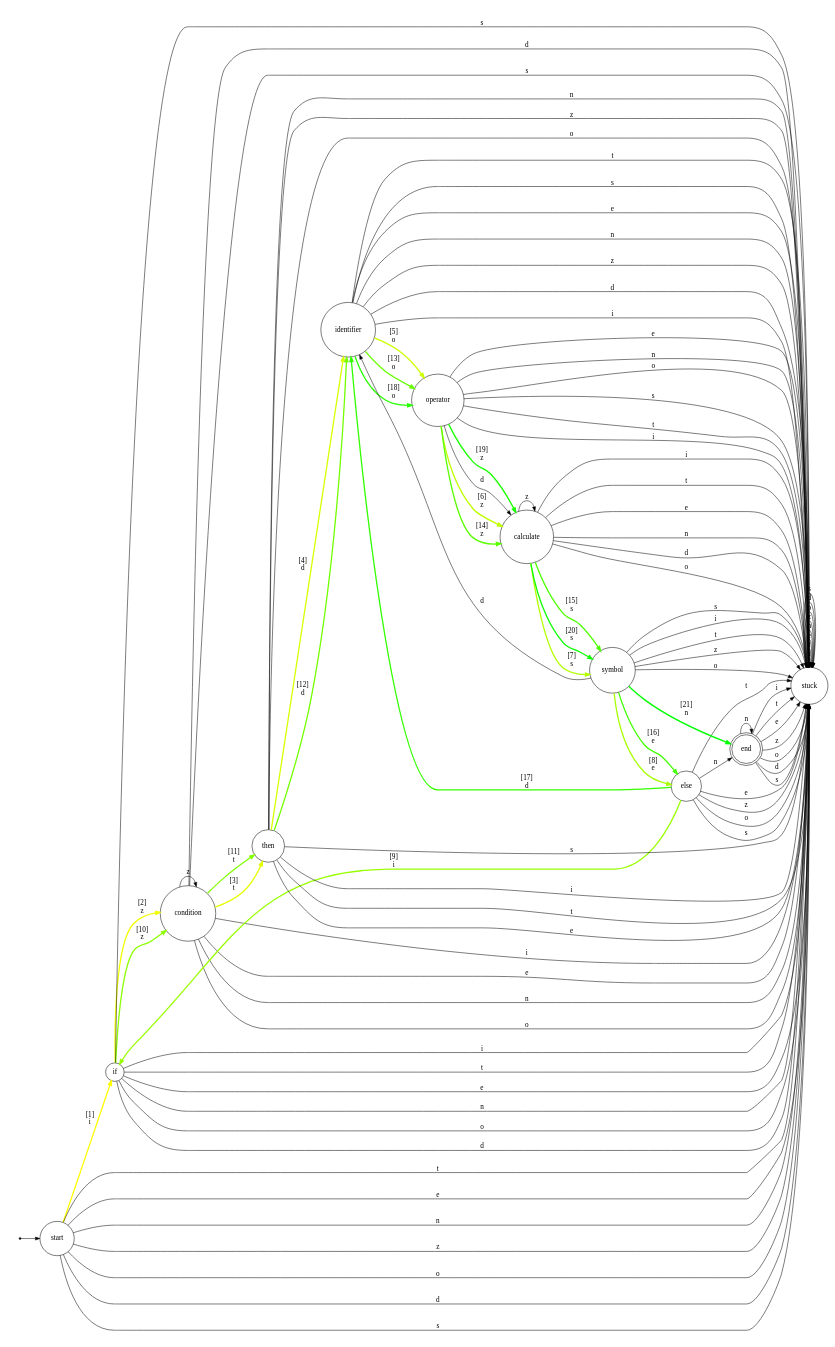
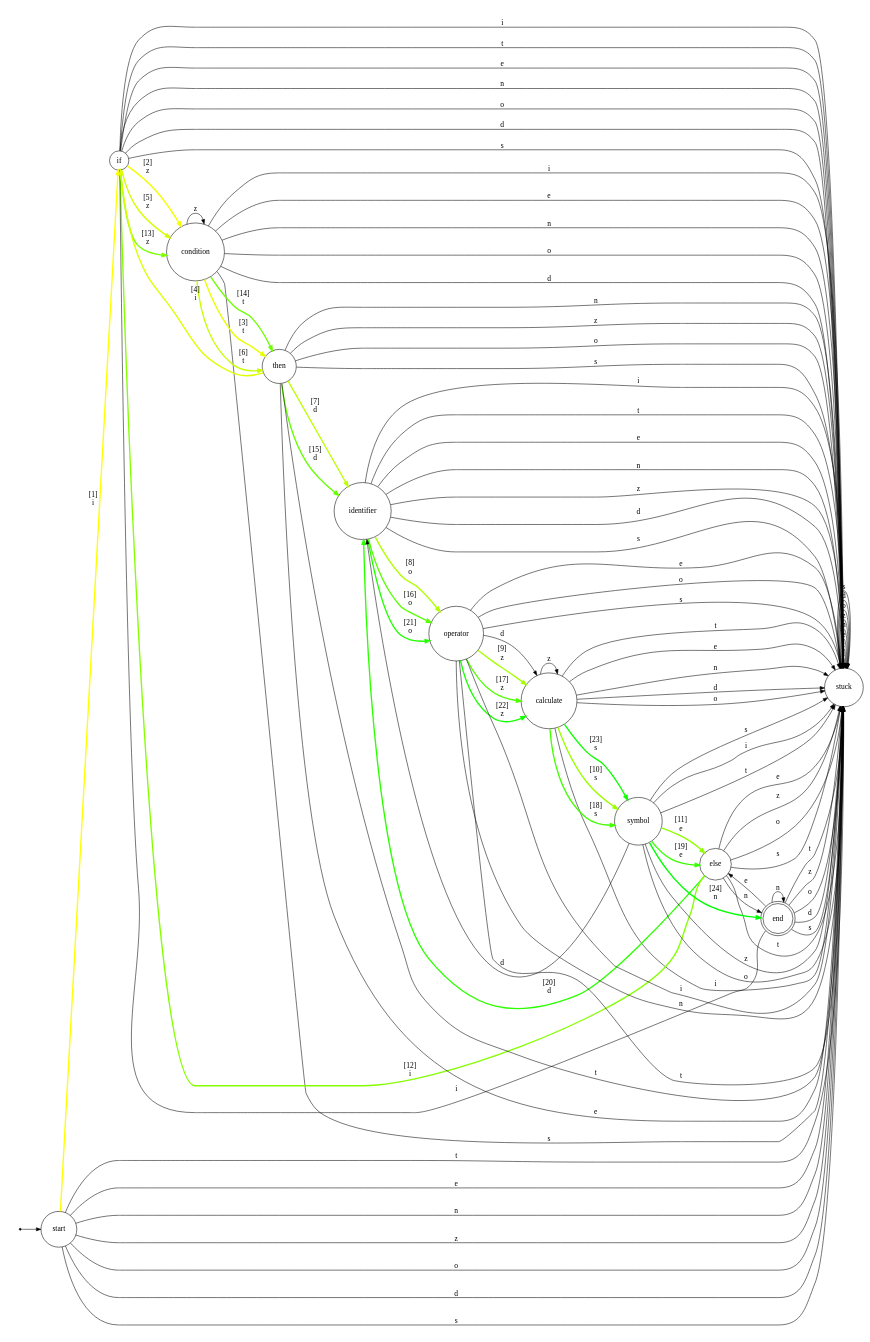
One commit to MohamadAbdelmoniem/Compiler-Spring-2022 changed the diagram in Source/Code/Digraph.gv. Above: the diagram before and after it, drawn with Graphviz. The commit also changed 3 other files, not shown here.

```diff
--- a/Source/Code/Digraph.gv
+++ b/Source/Code/Digraph.gv
@@ -1,136 +1,141 @@
 digraph {
 	ranksep=0.5 size="8, 8"
 	rankdir=LR
 	Initial [label="" fontsize=14.0 shape=point]
 	calculate [fontsize=14.0 shape=circle]
 	condition [fontsize=14.0 shape=circle]
 	else [fontsize=14.0 shape=circle]
 	end [fontsize=14.0 shape=doublecircle]
 	identifier [fontsize=14.0 shape=circle]
 	if [fontsize=14.0 shape=circle]
 	operator [fontsize=14.0 shape=circle]
 	start [fontsize=14.0 shape=circle]
 	stuck [fontsize=14.0 shape=circle]
 	symbol [fontsize=14.0 shape=circle]
 	then [fontsize=14.0 shape=circle]
 	Initial -> start [arrowsize=0.85]
 	start -> if [label=" [1]
 i " arrowsize=0.85 color="#ffff00" fontsize=14.0 penwidth=2.5]
 	if -> condition [label=" [2]
-z " arrowsize=0.85 color="#f2ff00" fontsize=14.0 penwidth=2.5]
+z " arrowsize=0.85 color="#f4ff00" fontsize=14.0 penwidth=2.5]
 	condition -> then [label=" [3]
-t " arrowsize=0.85 color="#e6ff00" fontsize=14.0 penwidth=2.5]
-	then -> identifier [label=" [4]
-d " arrowsize=0.85 color="#d9ff00" fontsize=14.0 penwidth=2.5]
-	identifier -> operator [label=" [5]
-o " arrowsize=0.85 color="#ccff00" fontsize=14.0 penwidth=2.5]
-	operator -> calculate [label=" [6]
-z " arrowsize=0.85 color="#bfff00" fontsize=14.0 penwidth=2.5]
-	calculate -> symbol [label=" [7]
-s " arrowsize=0.85 color="#b3ff00" fontsize=14.0 penwidth=2.5]
-	symbol -> else [label=" [8]
-e " arrowsize=0.85 color="#a6ff00" fontsize=14.0 penwidth=2.5]
-	else -> if [label=" [9]
-i " arrowsize=0.85 color="#99ff00" fontsize=14.0 penwidth=2.5]
-	if -> condition [label=" [10]
-z " arrowsize=0.85 color="#8cff00" fontsize=14.0 penwidth=2.5]
-	condition -> then [label=" [11]
-t " arrowsize=0.85 color="#80ff00" fontsize=14.0 penwidth=2.5]
-	then -> identifier [label=" [12]
-d " arrowsize=0.85 color="#73ff00" fontsize=14.0 penwidth=2.5]
-	identifier -> operator [label=" [13]
-o " arrowsize=0.85 color="#66ff00" fontsize=14.0 penwidth=2.5]
-	operator -> calculate [label=" [14]
-z " arrowsize=0.85 color="#59ff00" fontsize=14.0 penwidth=2.5]
-	calculate -> symbol [label=" [15]
-s " arrowsize=0.85 color="#4cff00" fontsize=14.0 penwidth=2.5]
-	symbol -> else [label=" [16]
-e " arrowsize=0.85 color="#40ff00" fontsize=14.0 penwidth=2.5]
-	else -> identifier [label=" [17]
-d " arrowsize=0.85 color="#33ff00" fontsize=14.0 penwidth=2.5]
-	identifier -> operator [label=" [18]
-o " arrowsize=0.85 color="#26ff00" fontsize=14.0 penwidth=2.5]
-	operator -> calculate [label=" [19]
-z " arrowsize=0.85 color="#19ff00" fontsize=14.0 penwidth=2.5]
-	calculate -> symbol [label=" [20]
-s " arrowsize=0.85 color="#0dff00" fontsize=14.0 penwidth=2.5]
-	symbol -> end [label=" [21]
+t " arrowsize=0.85 color="#e9ff00" fontsize=14.0 penwidth=2.5]
+	then -> if [label=" [4]
+i " arrowsize=0.85 color="#deff00" fontsize=14.0 penwidth=2.5]
+	if -> condition [label=" [5]
+z " arrowsize=0.85 color="#d3ff00" fontsize=14.0 penwidth=2.5]
+	condition -> then [label=" [6]
+t " arrowsize=0.85 color="#c8ff00" fontsize=14.0 penwidth=2.5]
+	then -> identifier [label=" [7]
+d " arrowsize=0.85 color="#bcff00" fontsize=14.0 penwidth=2.5]
+	identifier -> operator [label=" [8]
+o " arrowsize=0.85 color="#b1ff00" fontsize=14.0 penwidth=2.5]
+	operator -> calculate [label=" [9]
+z " arrowsize=0.85 color="#a6ff00" fontsize=14.0 penwidth=2.5]
+	calculate -> symbol [label=" [10]
+s " arrowsize=0.85 color="#9bff00" fontsize=14.0 penwidth=2.5]
+	symbol -> else [label=" [11]
+e " arrowsize=0.85 color="#90ff00" fontsize=14.0 penwidth=2.5]
+	else -> if [label=" [12]
+i " arrowsize=0.85 color="#85ff00" fontsize=14.0 penwidth=2.5]
+	if -> condition [label=" [13]
+z " arrowsize=0.85 color="#7aff00" fontsize=14.0 penwidth=2.5]
+	condition -> then [label=" [14]
+t " arrowsize=0.85 color="#6fff00" fontsize=14.0 penwidth=2.5]
+	then -> identifier [label=" [15]
+d " arrowsize=0.85 color="#64ff00" fontsize=14.0 penwidth=2.5]
+	identifier -> operator [label=" [16]
+o " arrowsize=0.85 color="#59ff00" fontsize=14.0 penwidth=2.5]
+	operator -> calculate [label=" [17]
+z " arrowsize=0.85 color="#4eff00" fontsize=14.0 penwidth=2.5]
+	calculate -> symbol [label=" [18]
+s " arrowsize=0.85 color="#43ff00" fontsize=14.0 penwidth=2.5]
+	symbol -> else [label=" [19]
+e " arrowsize=0.85 color="#37ff00" fontsize=14.0 penwidth=2.5]
+	else -> identifier [label=" [20]
+d " arrowsize=0.85 color="#2cff00" fontsize=14.0 penwidth=2.5]
+	identifier -> operator [label=" [21]
+o " arrowsize=0.85 color="#21ff00" fontsize=14.0 penwidth=2.5]
+	operator -> calculate [label=" [22]
+z " arrowsize=0.85 color="#16ff00" fontsize=14.0 penwidth=2.5]
+	calculate -> symbol [label=" [23]
+s " arrowsize=0.85 color="#0bff00" fontsize=14.0 penwidth=2.5]
+	symbol -> end [label=" [24]
 n " arrowsize=0.85 color="#00ff00" fontsize=14.0 penwidth=2.5]
 	start -> stuck [label=" t " arrowsize=0.85 fontsize=14.0]
 	start -> stuck [label=" e " arrowsize=0.85 fontsize=14.0]
 	start -> stuck [label=" n " arrowsize=0.85 fontsize=14.0]
 	start -> stuck [label=" z " arrowsize=0.85 fontsize=14.0]
 	start -> stuck [label=" o " arrowsize=0.85 fontsize=14.0]
 	start -> stuck [label=" d " arrowsize=0.85 fontsize=14.0]
 	start -> stuck [label=" s " arrowsize=0.85 fontsize=14.0]
 	if -> stuck [label=" i " arrowsize=0.85 fontsize=14.0]
 	if -> stuck [label=" t " arrowsize=0.85 fontsize=14.0]
 	if -> stuck [label=" e " arrowsize=0.85 fontsize=14.0]
 	if -> stuck [label=" n " arrowsize=0.85 fontsize=14.0]
 	if -> stuck [label=" o " arrowsize=0.85 fontsize=14.0]
 	if -> stuck [label=" d " arrowsize=0.85 fontsize=14.0]
 	if -> stuck [label=" s " arrowsize=0.85 fontsize=14.0]
-	then -> stuck [label=" i " arrowsize=0.85 fontsize=14.0]
 	then -> stuck [label=" t " arrowsize=0.85 fontsize=14.0]
 	then -> stuck [label=" e " arrowsize=0.85 fontsize=14.0]
 	then -> stuck [label=" n " arrowsize=0.85 fontsize=14.0]
 	then -> stuck [label=" z " arrowsize=0.85 fontsize=14.0]
 	then -> stuck [label=" o " arrowsize=0.85 fontsize=14.0]
 	then -> stuck [label=" s " arrowsize=0.85 fontsize=14.0]
 	else -> stuck [label=" t " arrowsize=0.85 fontsize=14.0]
 	else -> stuck [label=" e " arrowsize=0.85 fontsize=14.0]
 	else -> end [label=" n " arrowsize=0.85 fontsize=14.0]
 	else -> stuck [label=" z " arrowsize=0.85 fontsize=14.0]
 	else -> stuck [label=" o " arrowsize=0.85 fontsize=14.0]
 	else -> stuck [label=" s " arrowsize=0.85 fontsize=14.0]
-	end -> stuck [label=" i " arrowsize=0.85 fontsize=14.0]
+	end -> if [label=" i " arrowsize=0.85 fontsize=14.0]
 	end -> stuck [label=" t " arrowsize=0.85 fontsize=14.0]
-	end -> stuck [label=" e " arrowsize=0.85 fontsize=14.0]
+	end -> else [label=" e " arrowsize=0.85 fontsize=14.0]
 	end -> end [label=" n " arrowsize=0.85 fontsize=14.0]
 	end -> stuck [label=" z " arrowsize=0.85 fontsize=14.0]
 	end -> stuck [label=" o " arrowsize=0.85 fontsize=14.0]
 	end -> stuck [label=" d " arrowsize=0.85 fontsize=14.0]
 	end -> stuck [label=" s " arrowsize=0.85 fontsize=14.0]
 	stuck -> stuck [label=" i " arrowsize=0.85 fontsize=14.0]
 	stuck -> stuck [label=" t " arrowsize=0.85 fontsize=14.0]
 	stuck -> stuck [label=" e " arrowsize=0.85 fontsize=14.0]
 	stuck -> stuck [label=" n " arrowsize=0.85 fontsize=14.0]
 	stuck -> stuck [label=" z " arrowsize=0.85 fontsize=14.0]
 	stuck -> stuck [label=" o " arrowsize=0.85 fontsize=14.0]
 	stuck -> stuck [label=" d " arrowsize=0.85 fontsize=14.0]
 	stuck -> stuck [label=" s " arrowsize=0.85 fontsize=14.0]
 	condition -> stuck [label=" i " arrowsize=0.85 fontsize=14.0]
 	condition -> condition [label=" z " arrowsize=0.85 fontsize=14.0]
 	condition -> stuck [label=" e " arrowsize=0.85 fontsize=14.0]
 	condition -> stuck [label=" n " arrowsize=0.85 fontsize=14.0]
 	condition -> stuck [label=" o " arrowsize=0.85 fontsize=14.0]
 	condition -> stuck [label=" d " arrowsize=0.85 fontsize=14.0]
 	condition -> stuck [label=" s " arrowsize=0.85 fontsize=14.0]
 	identifier -> stuck [label=" i " arrowsize=0.85 fontsize=14.0]
 	identifier -> stuck [label=" t " arrowsize=0.85 fontsize=14.0]
 	identifier -> stuck [label=" e " arrowsize=0.85 fontsize=14.0]
 	identifier -> stuck [label=" n " arrowsize=0.85 fontsize=14.0]
 	identifier -> stuck [label=" z " arrowsize=0.85 fontsize=14.0]
 	identifier -> stuck [label=" d " arrowsize=0.85 fontsize=14.0]
 	identifier -> stuck [label=" s " arrowsize=0.85 fontsize=14.0]
 	operator -> stuck [label=" i " arrowsize=0.85 fontsize=14.0]
 	operator -> stuck [label=" t " arrowsize=0.85 fontsize=14.0]
 	operator -> stuck [label=" e " arrowsize=0.85 fontsize=14.0]
 	operator -> stuck [label=" n " arrowsize=0.85 fontsize=14.0]
 	operator -> calculate [label=" d " arrowsize=0.85 fontsize=14.0]
 	operator -> stuck [label=" o " arrowsize=0.85 fontsize=14.0]
 	operator -> stuck [label=" s " arrowsize=0.85 fontsize=14.0]
 	calculate -> stuck [label=" i " arrowsize=0.85 fontsize=14.0]
 	calculate -> stuck [label=" t " arrowsize=0.85 fontsize=14.0]
 	calculate -> stuck [label=" e " arrowsize=0.85 fontsize=14.0]
 	calculate -> stuck [label=" n " arrowsize=0.85 fontsize=14.0]
 	calculate -> calculate [label=" z " arrowsize=0.85 fontsize=14.0]
 	calculate -> stuck [label=" d " arrowsize=0.85 fontsize=14.0]
 	calculate -> stuck [label=" o " arrowsize=0.85 fontsize=14.0]
 	symbol -> stuck [label=" i " arrowsize=0.85 fontsize=14.0]
 	symbol -> stuck [label=" t " arrowsize=0.85 fontsize=14.0]
 	symbol -> stuck [label=" z " arrowsize=0.85 fontsize=14.0]
 	symbol -> identifier [label=" d " arrowsize=0.85 fontsize=14.0]
 	symbol -> stuck [label=" o " arrowsize=0.85 fontsize=14.0]
 	symbol -> stuck [label=" s " arrowsize=0.85 fontsize=14.0]
 }
```
